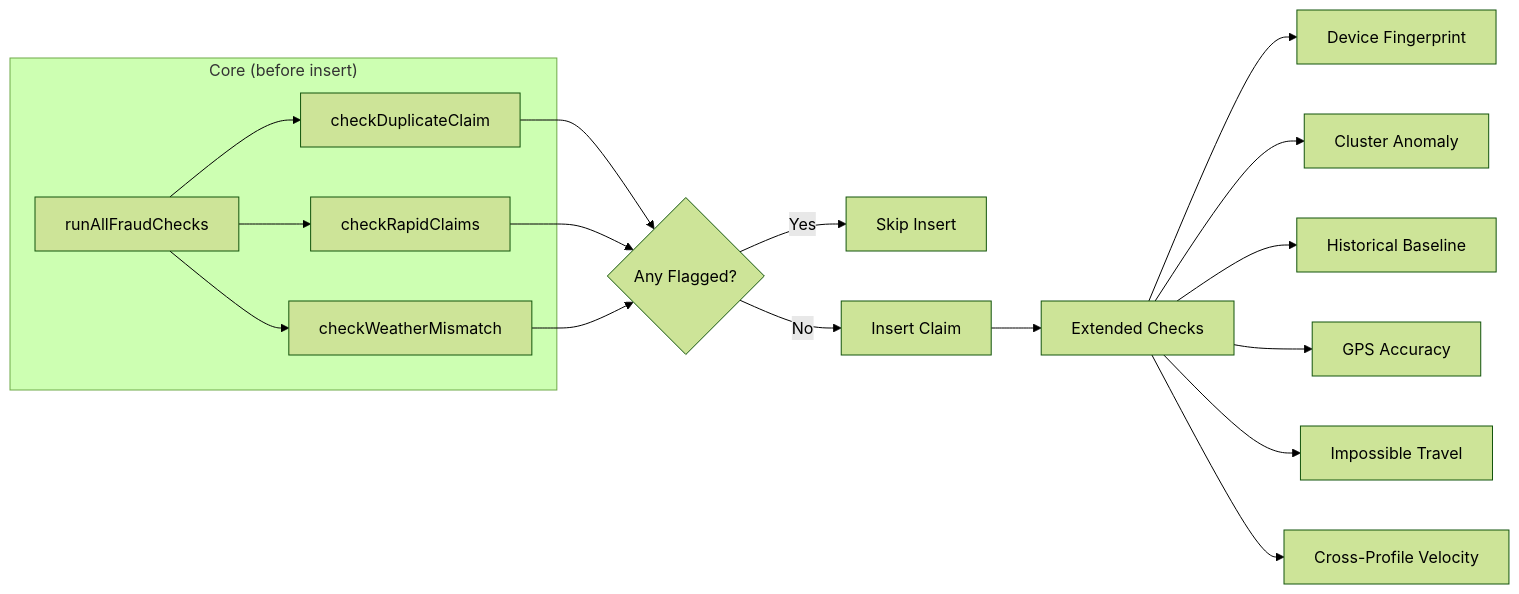
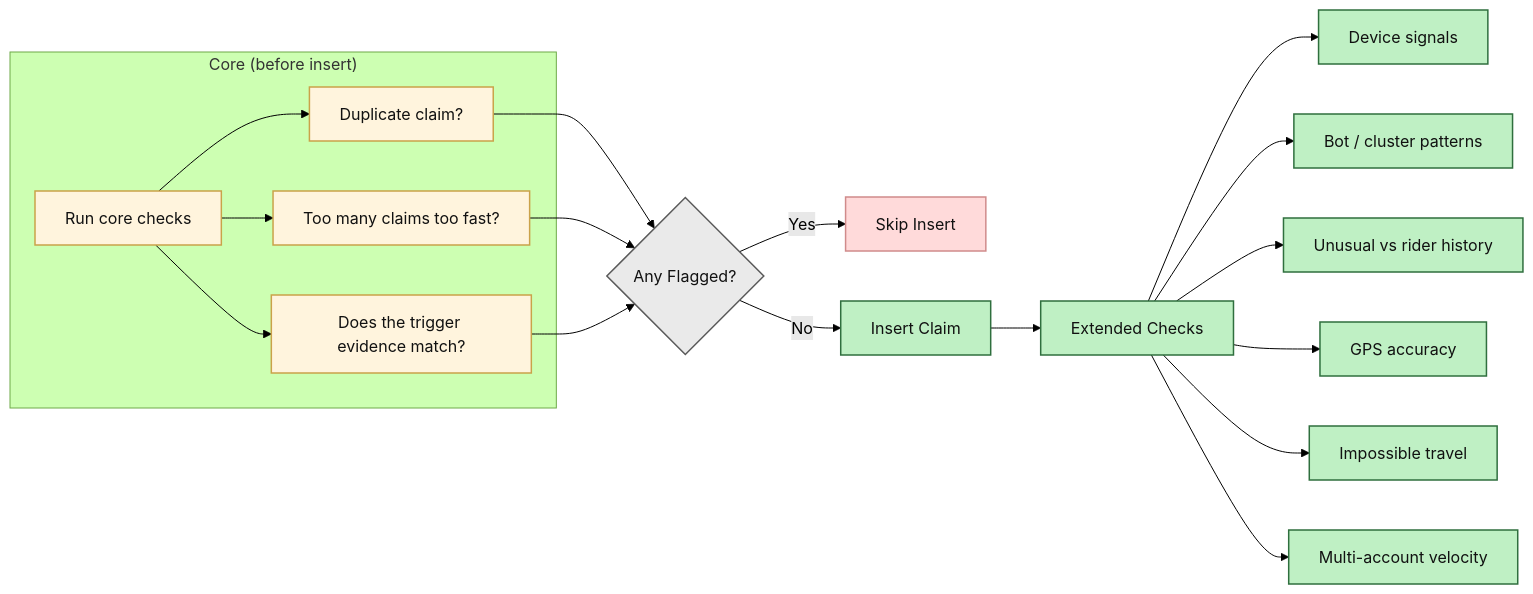
The diagram in Docs/src/content/docs/features/fraud-detection.md (lohitkolluri/Oasis), drawn with Mermaid (forest theme) before and after one commit. The commit also changed other lines of this file and 9 other files, not shown here.

````diff
--- a/Docs/src/content/docs/features/fraud-detection.md
+++ b/Docs/src/content/docs/features/fraud-detection.md
@@ -12,20 +12,30 @@
 ```mermaid
 flowchart LR
     subgraph Core["Core (before insert)"]
-        A[runAllFraudChecks] --> B[checkDuplicateClaim]
-        A --> C[checkRapidClaims]
-        A --> D[checkWeatherMismatch]
+        A[Run core checks] --> B[Duplicate claim?]
+        A --> C[Too many claims too fast?]
+        A --> D[Does the trigger evidence match?]
     end
     B --> E{Any Flagged?}
     C --> E
     D --> E
     E -->|Yes| F[Skip Insert]
     E -->|No| G[Insert Claim]
     G --> H[Extended Checks]
-    H --> I[Device Fingerprint]
-    H --> J[Cluster Anomaly]
-    H --> K[Historical Baseline]
-    H --> L[GPS Accuracy]
-    H --> M[Impossible Travel]
-    H --> N[Cross-Profile Velocity]
+    H --> I[Device signals]
+    H --> J[Bot / cluster patterns]
+    H --> K[Unusual vs rider history]
+    H --> L[GPS accuracy]
+    H --> M[Impossible travel]
+    H --> N[Multi-account velocity]
+
+    classDef core fill:#FFF4DD,stroke:#Caa24A,stroke-width:1.5px,color:#111;
+    classDef decision fill:#EAEAEA,stroke:#5A5A5A,stroke-width:1.5px,color:#111;
+    classDef block fill:#FFDADA,stroke:#D08B8B,stroke-width:1.5px,color:#111;
+    classDef ok fill:#BFF0C4,stroke:#2F6F3E,stroke-width:1.5px,color:#111;
+
+    class A,B,C,D core;
+    class E decision;
+    class F block;
+    class G,H,I,J,K,L,M,N ok;
 ```
````
